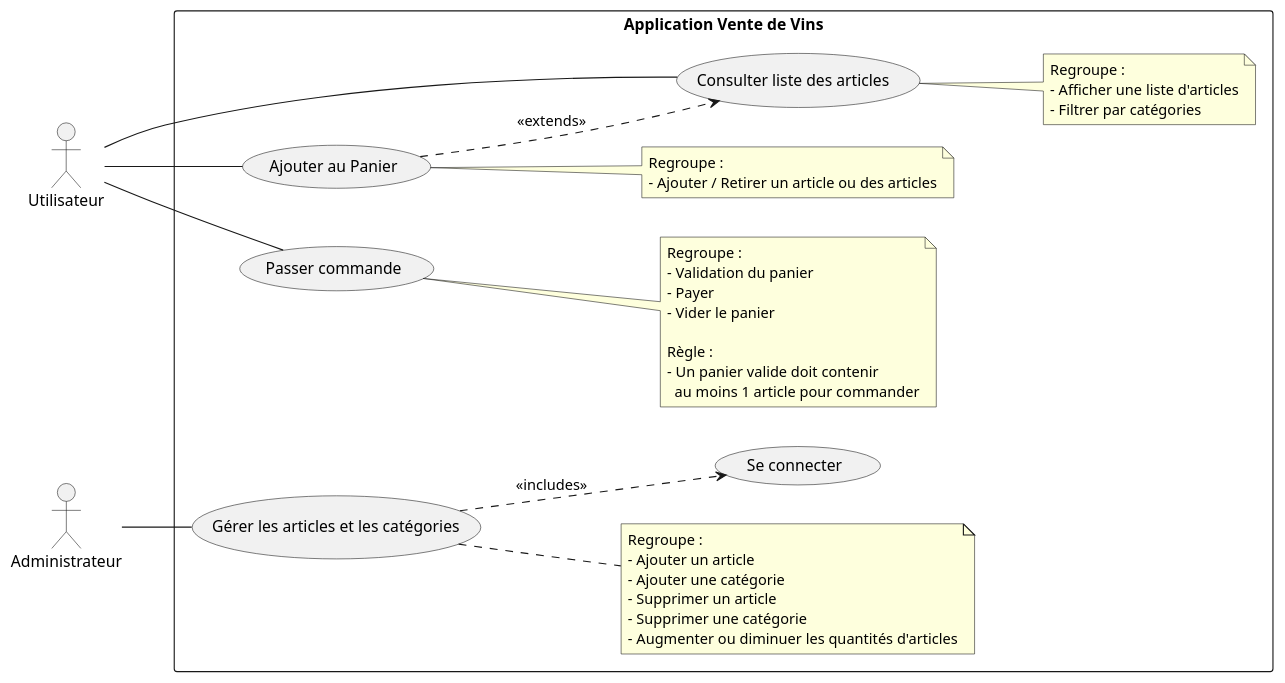
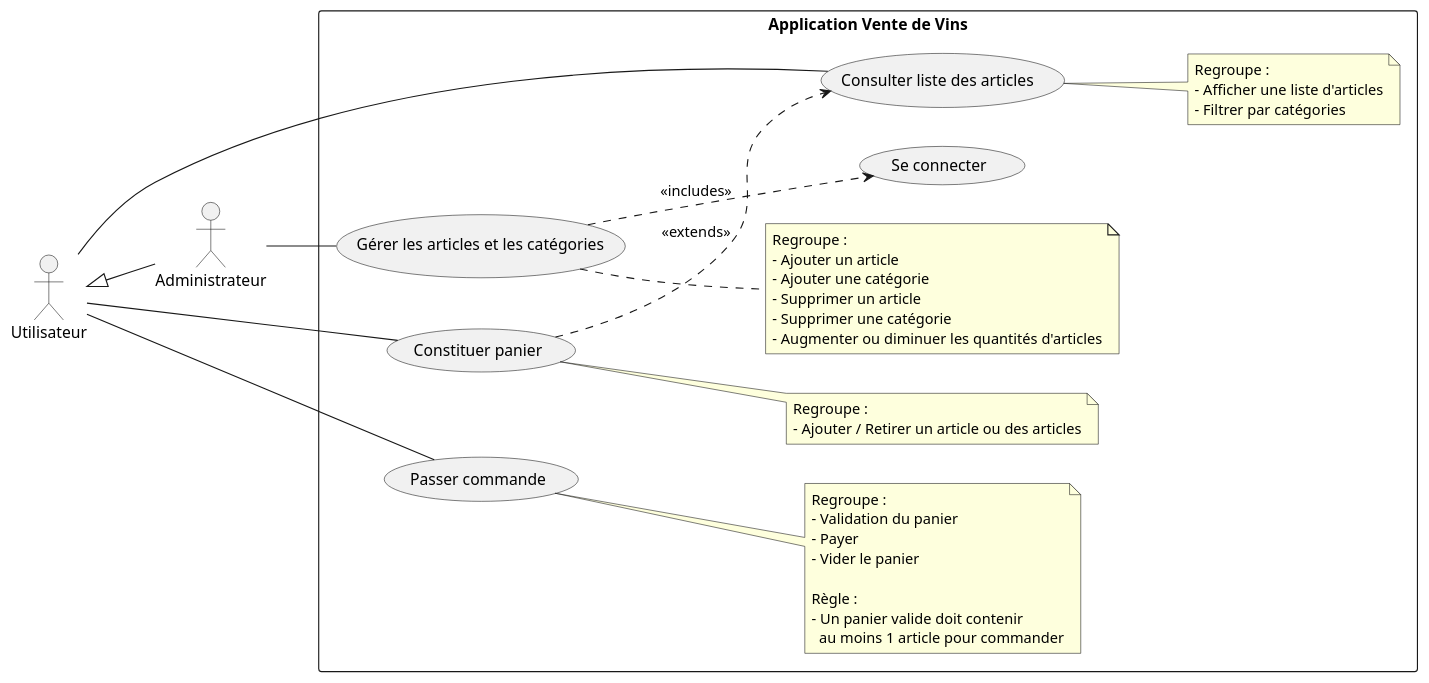
One commit to severinehmfms/BoutiqueEnLigne changed the diagram in docs/UML/1-use_case/Wine-Sales_User_Cases.puml. Above: the diagram before and after it, drawn with PlantUML.

Commit message:
UPDATE: 'Wine-Sales_User_Cases.puml' mise à jour du diagramme suite aux remarques de Moor

```diff
--- a/docs/UML/1-use_case/Wine-Sales_User_Cases.puml
+++ b/docs/UML/1-use_case/Wine-Sales_User_Cases.puml
@@ -1,62 +1,66 @@
 @startuml
 left to right direction
 
 /' --- ACTEURS --- '/
 actor "Utilisateur" as user
 actor "Administrateur" as admin
 
 
 rectangle "Application Vente de Vins" {
 
   usecase "Consulter liste des articles " as UC_page
   note right of UC_page
     Regroupe :
     - Afficher une liste d'articles
     - Filtrer par catégories
   end note
   
 
   usecase "Se connecter" as UC_Connexion
 
-  usecase "Ajouter au Panier" as UC_cart
+  usecase "Constituer panier" as UC_cart
   note right of UC_cart
     Regroupe :
     - Ajouter / Retirer un article ou des articles
 	end note
 	
   usecase "Passer commande" as UC_Commande
   note right of UC_Commande
     Regroupe :
     - Validation du panier
     - Payer
     - Vider le panier
     
     Règle :
     - Un panier valide doit contenir 
       au moins 1 article pour commander
   end note
   
   usecase "Gérer les articles et les catégories" as UC_Admin
   note right of UC_Admin
   Regroupe : 
   - Ajouter un article
   - Ajouter une catégorie
   - Supprimer un article
   - Supprimer une catégorie
   - Augmenter ou diminuer les quantités d'articles
   end note
 
 }
 
 /' --- RELATIONS ACTEURS <--> CAS D'UTILISATION ---'/
 
 user -- UC_page
 user -- UC_cart
 user -- UC_Commande
 
 UC_cart ..> UC_page : <<extends>>
 
 
 admin -- UC_Admin
+
 UC_Admin ..> UC_Connexion : <<includes>>
+
+/' --- HERITAGE ---'/
+user <|-- admin
 @enduml
```
